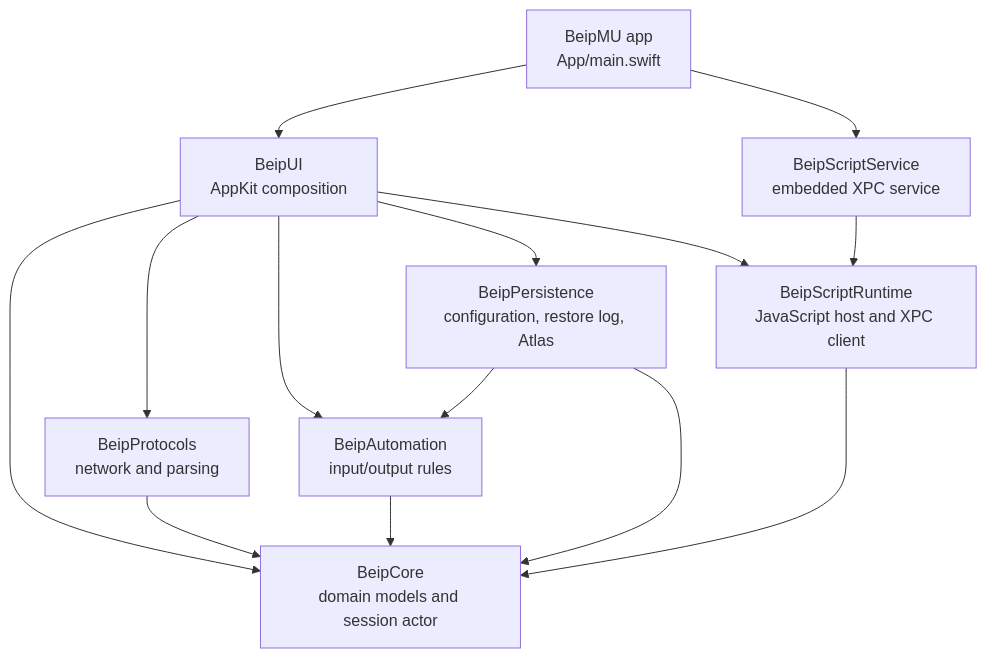
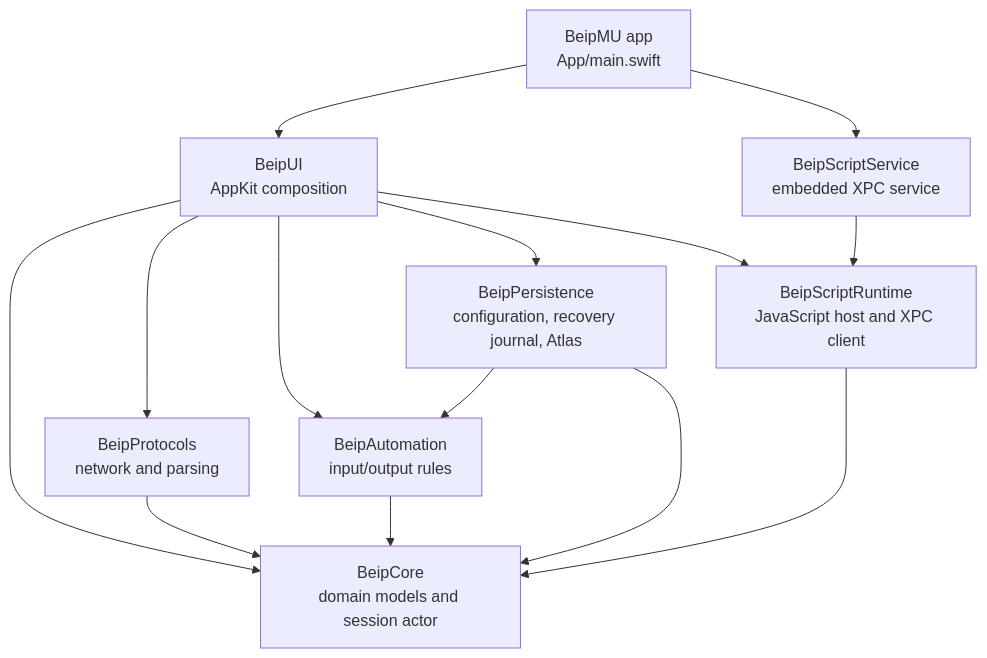
Before and after one commit to evokaz/BeipMU-mac: the first of 2 diagrams in Documentation/ARCHITECTURE.md, drawn with Mermaid. The commit also changed other lines of this file and 24 other files, not shown here.

````diff
--- a/Documentation/ARCHITECTURE.md
+++ b/Documentation/ARCHITECTURE.md
@@ -10,16 +10,16 @@
 ```mermaid
 flowchart TD
     App["BeipMU app\nApp/main.swift"] --> UI["BeipUI\nAppKit composition"]
     App --> XPC["BeipScriptService\nembedded XPC service"]
     UI --> Core["BeipCore\ndomain models and session actor"]
     UI --> Protocols["BeipProtocols\nnetwork and parsing"]
     UI --> Automation["BeipAutomation\ninput/output rules"]
-    UI --> Persistence["BeipPersistence\nconfiguration, restore log, Atlas"]
+    UI --> Persistence["BeipPersistence\nconfiguration, recovery journal, Atlas"]
     UI --> Runtime["BeipScriptRuntime\nJavaScript host and XPC client"]
     Protocols --> Core
     Automation --> Core
     Persistence --> Core
     Persistence --> Automation
     Runtime --> Core
     XPC --> Runtime
 ```
````
